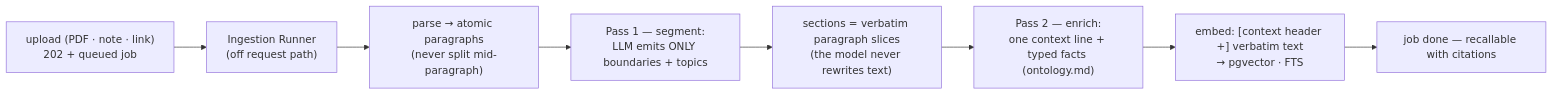
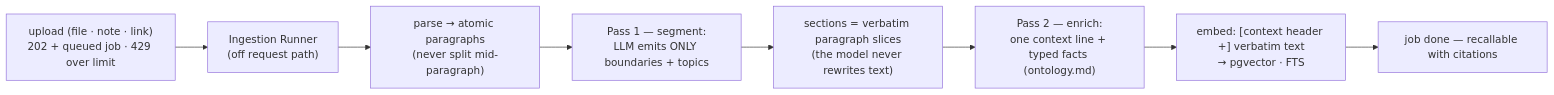
One commit to CobbleStamp/CobbleCompanion changed the eighth of 8 diagrams in docs/architecture.md. Above: the diagram before and after it, drawn with Mermaid. The commit also changed other lines of this file and 16 other files, not shown here.

````diff
--- a/docs/architecture.md
+++ b/docs/architecture.md
@@ -293,10 +293,10 @@
 ```mermaid
 flowchart LR
-    UP["upload (PDF · note · link)<br/>202 + queued job"] --> RUN["Ingestion Runner<br/>(off request path)"]
+    UP["upload (file · note · link)<br/>202 + queued job · 429 over limit"] --> RUN["Ingestion Runner<br/>(off request path)"]
     RUN --> PARSE["parse → atomic paragraphs<br/>(never split mid-paragraph)"]
     PARSE --> P1["Pass 1 — segment:<br/>LLM emits ONLY boundaries + topics"]
     P1 --> SECT["sections = verbatim paragraph slices<br/>(the model never rewrites text)"]
     SECT --> P2["Pass 2 — enrich:<br/>one context line + typed facts (ontology.md)"]
     P2 --> EMB["embed: [context header +] verbatim text<br/>→ pgvector · FTS"]
     EMB --> DONE["job done — recallable with citations"]
 ```
````
